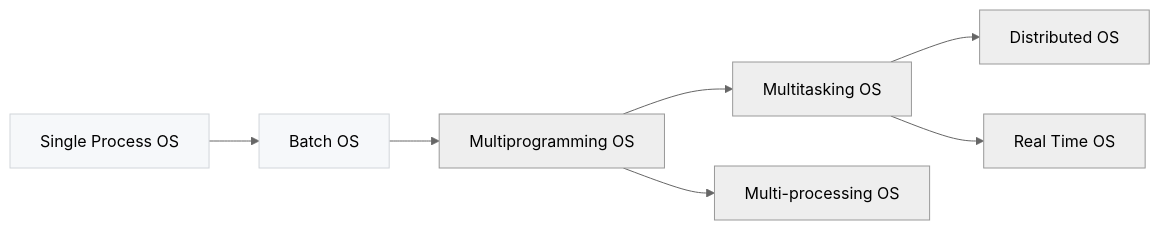
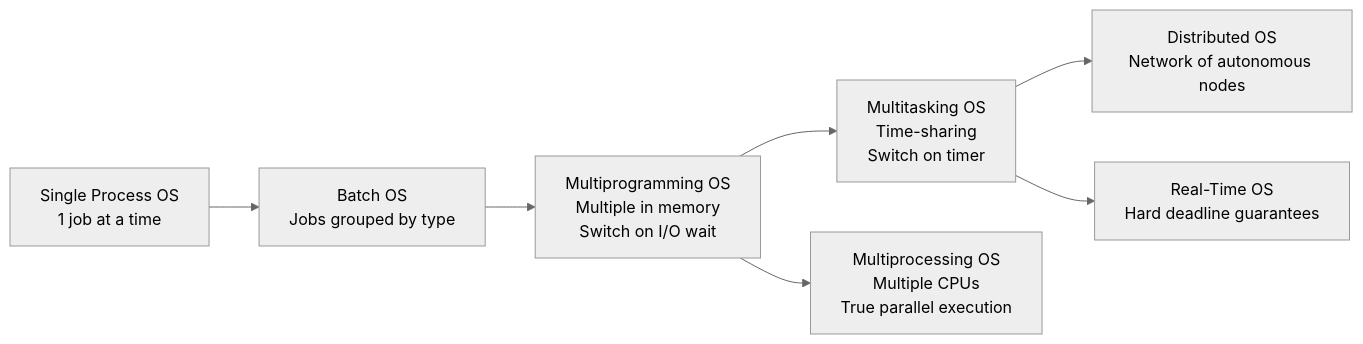
Before and after one commit to Anshitva7mishra/OperatingSystem: the third of 10 diagrams in Day1/InterviewQuestion.md, drawn with Mermaid (neutral theme). The commit also changed other lines of this file and 1 other file, not shown here.

Commit message:
[Anshitva]:Upgraded Day 1 and Day 2 to full encyclopedia standard with ToC, concurrency, memory management, kernel table, DMA, I/O schedulers, vDSO, FAANG Q&A, and reinforcement sections

````diff
--- a/Day1/InterviewQuestion.md
+++ b/Day1/InterviewQuestion.md
@@ -197,12 +198,9 @@
 ```mermaid
 flowchart LR
-    A[Single Process OS] --> B[Batch OS]
-    B --> C[Multiprogramming OS]
-    C --> D[Multitasking OS]
-    C --> E[Multi-processing OS]
-    D --> F[Distributed OS]
-    D --> G[Real Time OS]
-    
-    style A fill:#f6f8fa,stroke:#d1d5da
-    style B fill:#f6f8fa,stroke:#d1d5da
+    A["Single Process OS<br>1 job at a time"] --> B["Batch OS<br>Jobs grouped by type"]
+    B --> C["Multiprogramming OS<br>Multiple in memory<br>Switch on I/O wait"]
+    C --> D["Multitasking OS<br>Time-sharing<br>Switch on timer"]
+    C --> E["Multiprocessing OS<br>Multiple CPUs<br>True parallel execution"]
+    D --> F["Distributed OS<br>Network of autonomous nodes"]
+    D --> G["Real-Time OS<br>Hard deadline guarantees"]
 ```
````
